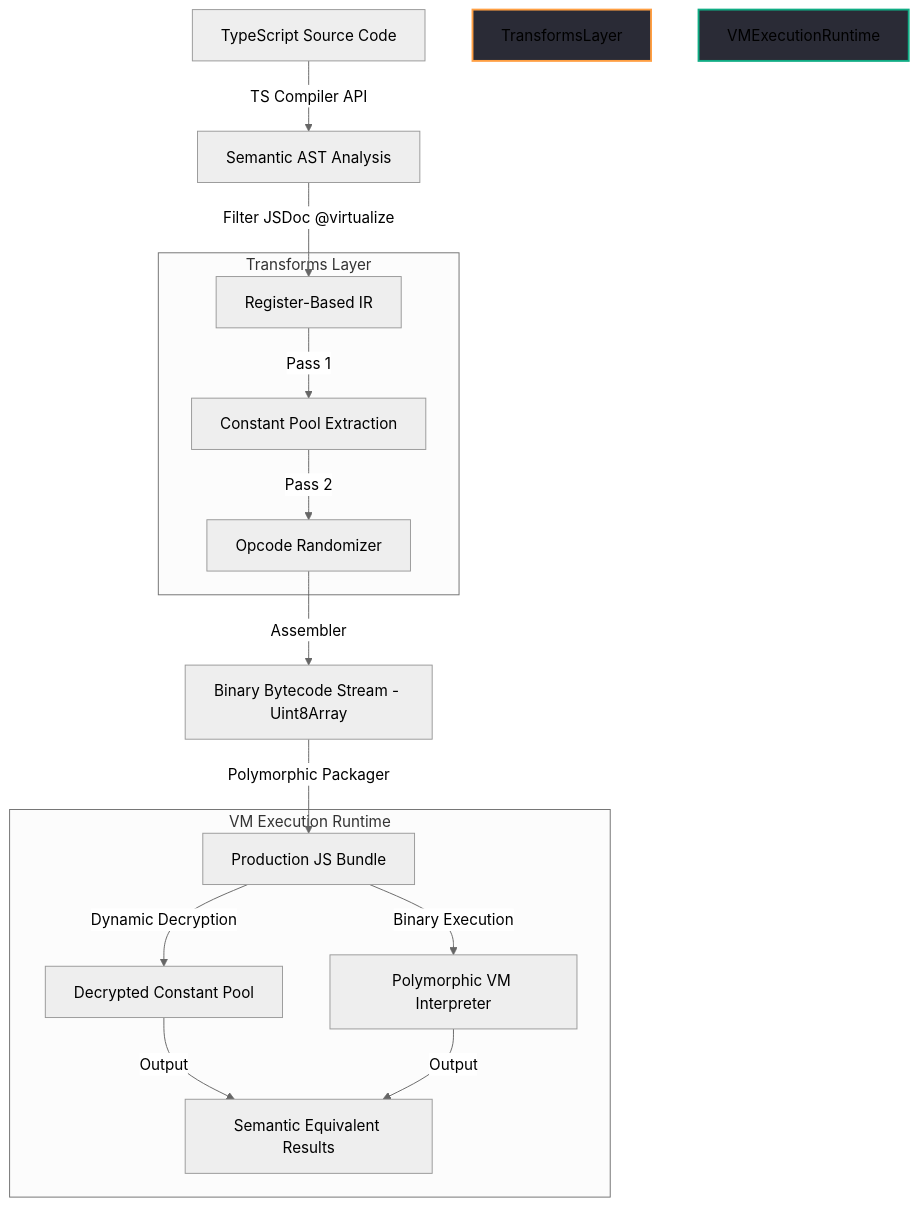
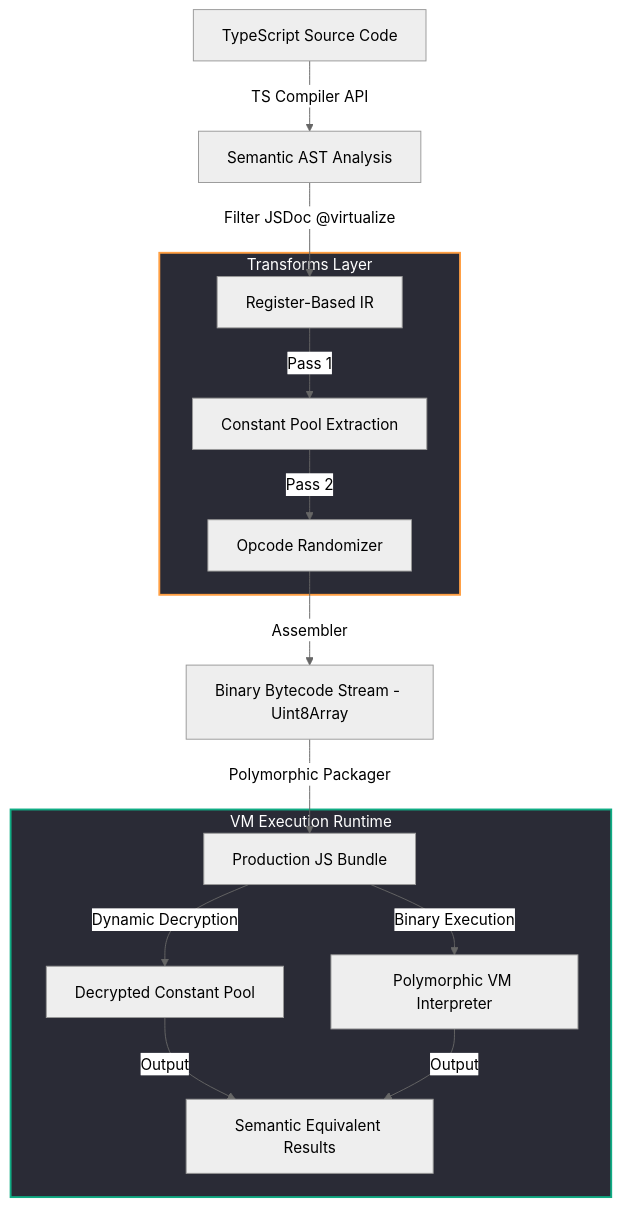
Before and after one commit to Tr0ngX/ts-vm-obfuscator: the diagram in README.md, drawn with Mermaid (neutral theme).

Commit message:
docs: fix Mermaid diagram text contrast in README

````diff
--- a/README.md
+++ b/README.md
@@ -29,22 +29,22 @@
 ```mermaid
 graph TD
     A[TypeScript Source Code] -->|TS Compiler API| B[Semantic AST Analysis]
     B -->|Filter JSDoc @virtualize| C[Register-Based IR]
     
-    subgraph Transforms Layer [Transforms Layer]
+    subgraph TransformsLayer ["Transforms Layer"]
         C -->|Pass 1| D[Constant Pool Extraction]
         D -->|Pass 2| E[Opcode Randomizer]
     end
 
     E -->|Assembler| F[Binary Bytecode Stream - Uint8Array]
     F -->|Polymorphic Packager| G[Production JS Bundle]
     
-    subgraph VM Execution Runtime [VM Execution Runtime]
+    subgraph VMExecutionRuntime ["VM Execution Runtime"]
         G -->|Dynamic Decryption| H[Decrypted Constant Pool]
         G -->|Binary Execution| I[Polymorphic VM Interpreter]
         H & I -->|Output| J[Semantic Equivalent Results]
     end
     
-    style TransformsLayer fill:#2a2b36,stroke:#ff9f43,stroke-width:2px;
-    style VMExecutionRuntime fill:#2a2b36,stroke:#10ac84,stroke-width:2px;
+    style TransformsLayer fill:#2a2b36,stroke:#ff9f43,stroke-width:2px,color:#ffffff;
+    style VMExecutionRuntime fill:#2a2b36,stroke:#10ac84,stroke-width:2px,color:#ffffff;
 ```
````
